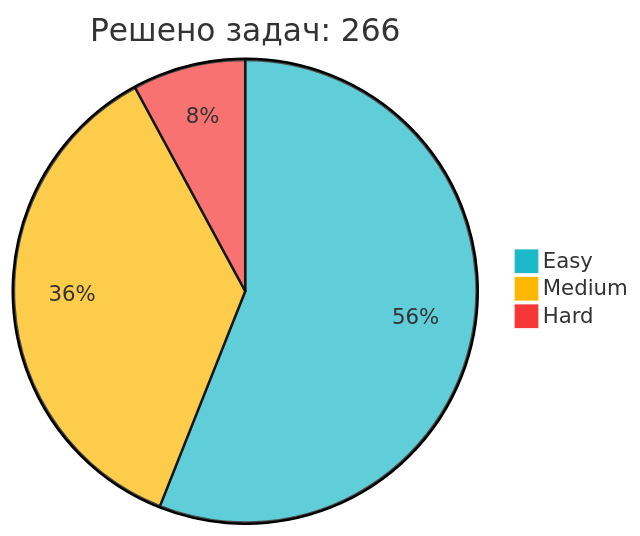
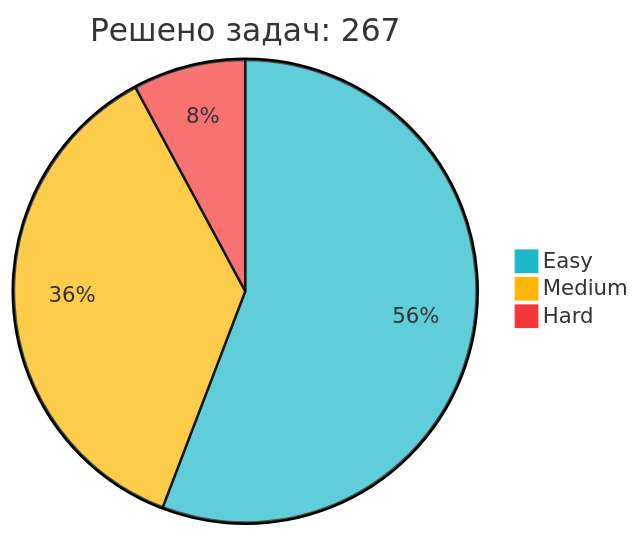
One commit to IliaKurdukov/IliaKurdukov changed the diagram in README.md. Above: the diagram before and after it, drawn with Mermaid. The commit also changed other lines of this file, not shown here.

Commit message:
📈 Обновление статистики LeetCode

````diff
--- a/README.md
+++ b/README.md
@@ -51,7 +51,7 @@
 ```mermaid
 %%{init: {'theme': 'base', 'themeVariables': { 'pie1': '#1CBAC8', 'pie2': '#FEB700', 'pie3': '#F63737' }, 'config': {'width': 300, 'height': 200}}}%%
-pie title Решено задач: 266
+pie title Решено задач: 267
    "Easy" : 149
-   "Medium" : 96
+   "Medium" : 97
    "Hard" : 21
 ```
````
